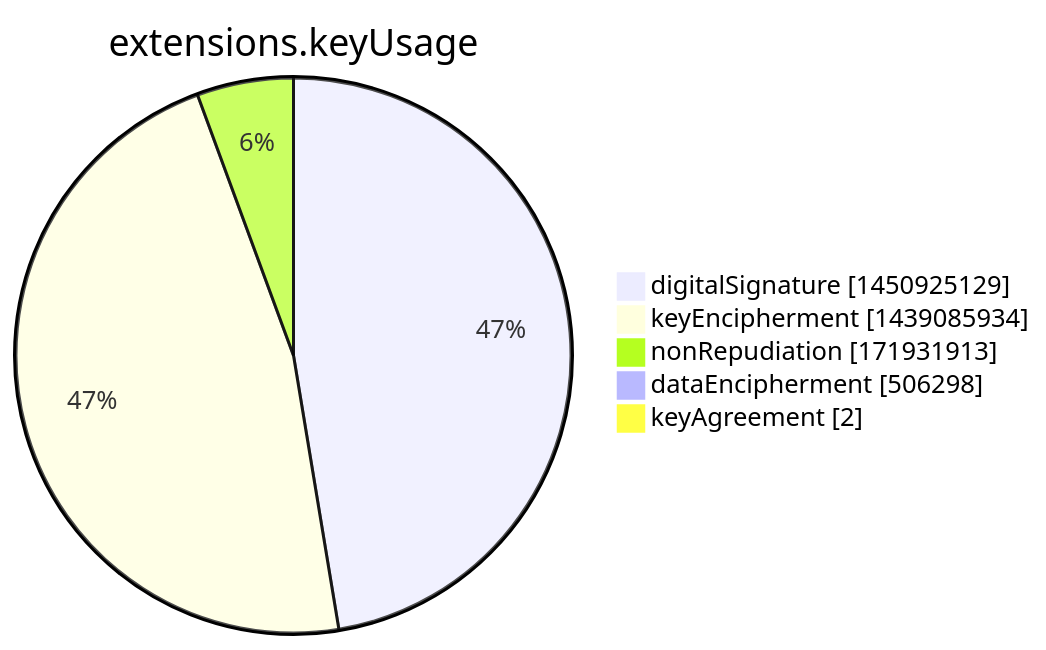
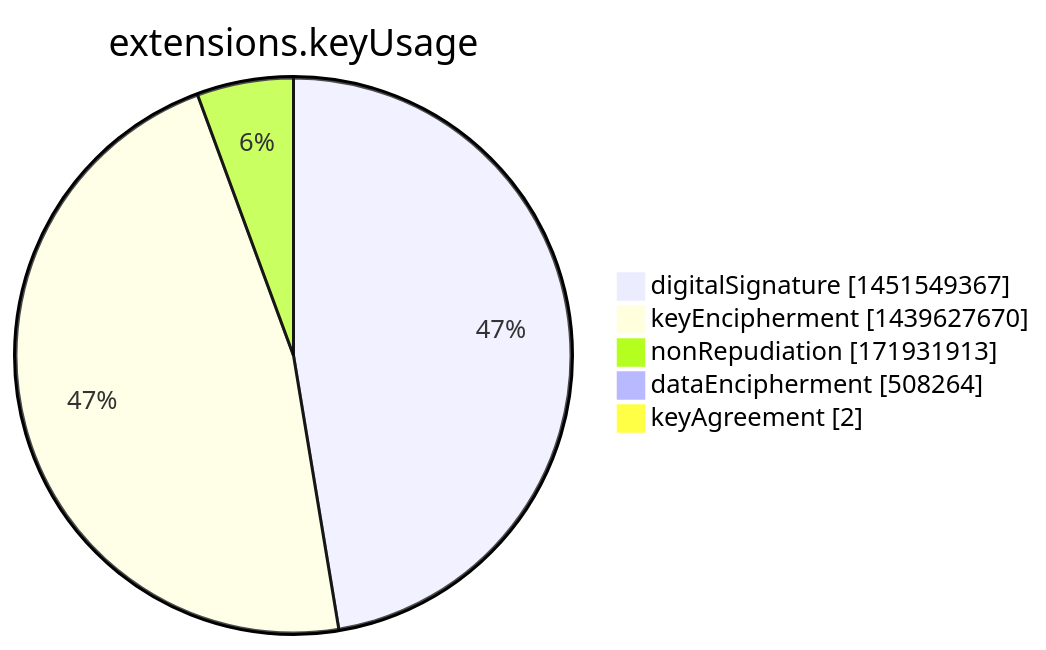
Before and after one commit to christiankrug/ctmonitor_visualization: the seventh of 15 diagrams in argon2022/README.md, drawn with Mermaid. The commit also changed other lines of this file, not shown here.

````diff
--- a/argon2022/README.md
+++ b/argon2022/README.md
@@ -2751,9 +2751,9 @@
 ```mermaid
 pie showData
 title extensions.keyUsage
-"digitalSignature" :1450925129
-"keyEncipherment" :1439085934
+"digitalSignature" :1451549367
+"keyEncipherment" :1439627670
 "nonRepudiation" :171931913
-"dataEncipherment" :506298
+"dataEncipherment" :508264
 "keyAgreement" :2
 ```
````
